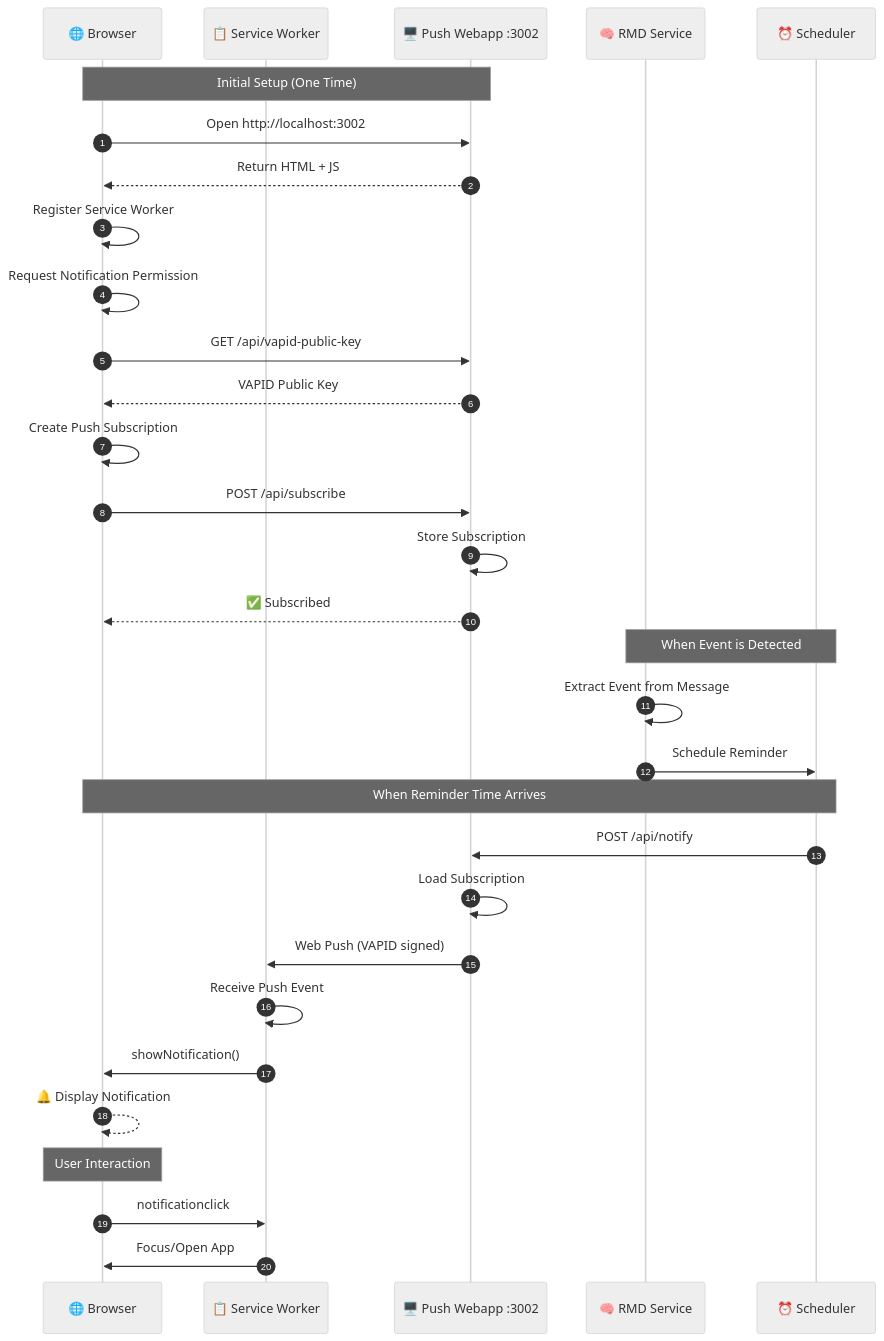
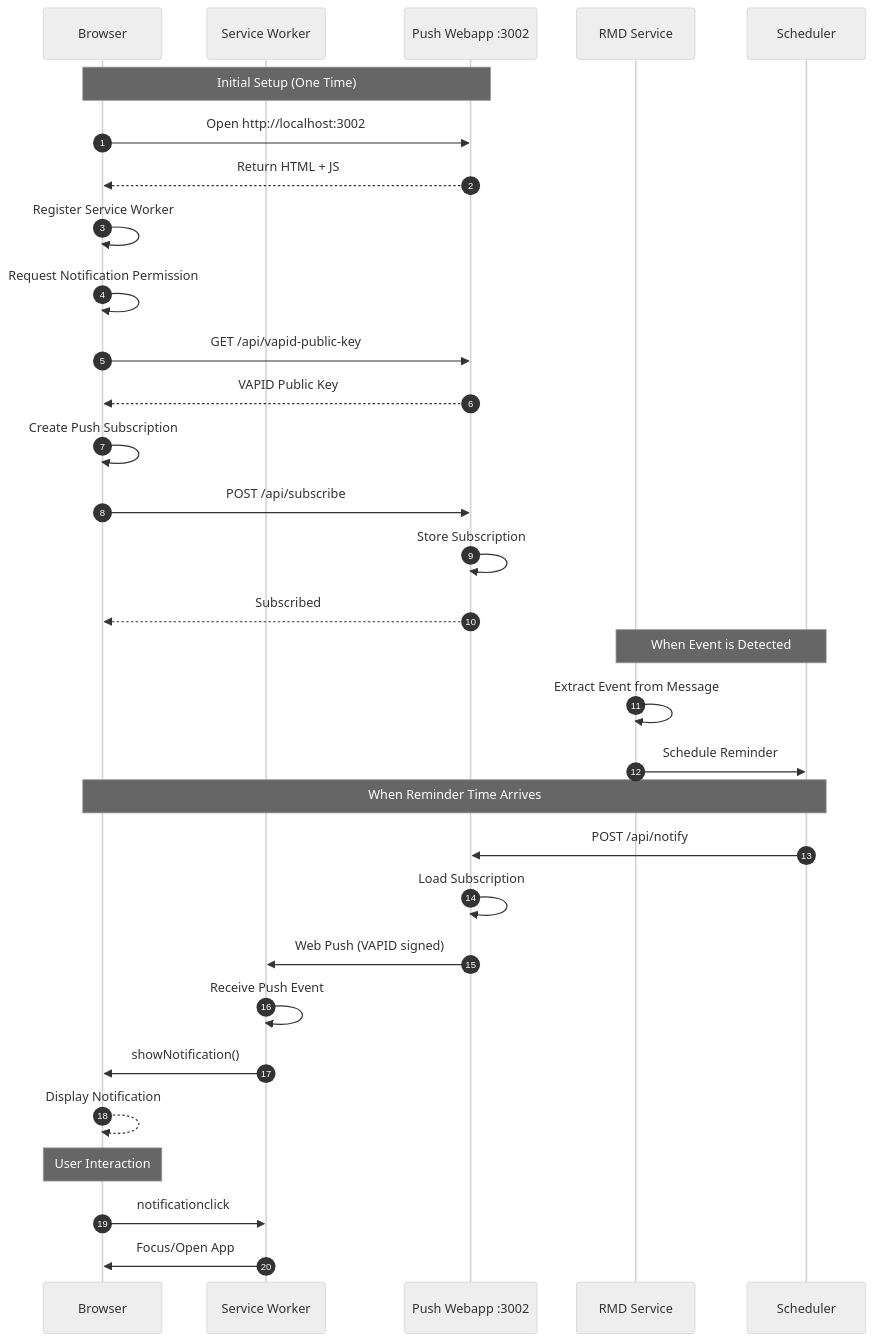
The diagram in docs/diagrams/04-push-notification-flow.mmd (nityam2007/whatsapp-chat-rmd), drawn with Mermaid (neutral theme) before and after one commit. The commit also changed 5 other files, not shown here.

First line of the commit message:
docs: update architecture diagrams for v0.5.0

```diff
--- a/docs/diagrams/04-push-notification-flow.mmd
+++ b/docs/diagrams/04-push-notification-flow.mmd
@@ -1,35 +1,35 @@
 sequenceDiagram
     autonumber
-    participant Browser as 🌐 Browser
-    participant SW as 📋 Service Worker
-    participant WebApp as 🖥️ Push Webapp :3002
-    participant RMD as 🧠 RMD Service
-    participant Scheduler as ⏰ Scheduler
+    participant Browser as Browser
+    participant SW as Service Worker
+    participant WebApp as Push Webapp :3002
+    participant RMD as RMD Service
+    participant Scheduler as Scheduler
 
     Note over Browser,WebApp: Initial Setup (One Time)
     Browser->>WebApp: Open http://localhost:3002
     WebApp-->>Browser: Return HTML + JS
     Browser->>Browser: Register Service Worker
     Browser->>Browser: Request Notification Permission
     Browser->>WebApp: GET /api/vapid-public-key
     WebApp-->>Browser: VAPID Public Key
     Browser->>Browser: Create Push Subscription
     Browser->>WebApp: POST /api/subscribe
     WebApp->>WebApp: Store Subscription
-    WebApp-->>Browser: ✅ Subscribed
+    WebApp-->>Browser: Subscribed
 
     Note over RMD,Scheduler: When Event is Detected
     RMD->>RMD: Extract Event from Message
     RMD->>Scheduler: Schedule Reminder
     
     Note over Scheduler,Browser: When Reminder Time Arrives
     Scheduler->>WebApp: POST /api/notify
     WebApp->>WebApp: Load Subscription
     WebApp->>SW: Web Push (VAPID signed)
     SW->>SW: Receive Push Event
     SW->>Browser: showNotification()
-    Browser-->>Browser: 🔔 Display Notification
+    Browser-->>Browser: Display Notification
 
     Note over Browser: User Interaction
     Browser->>SW: notificationclick
     SW->>Browser: Focus/Open App
```
